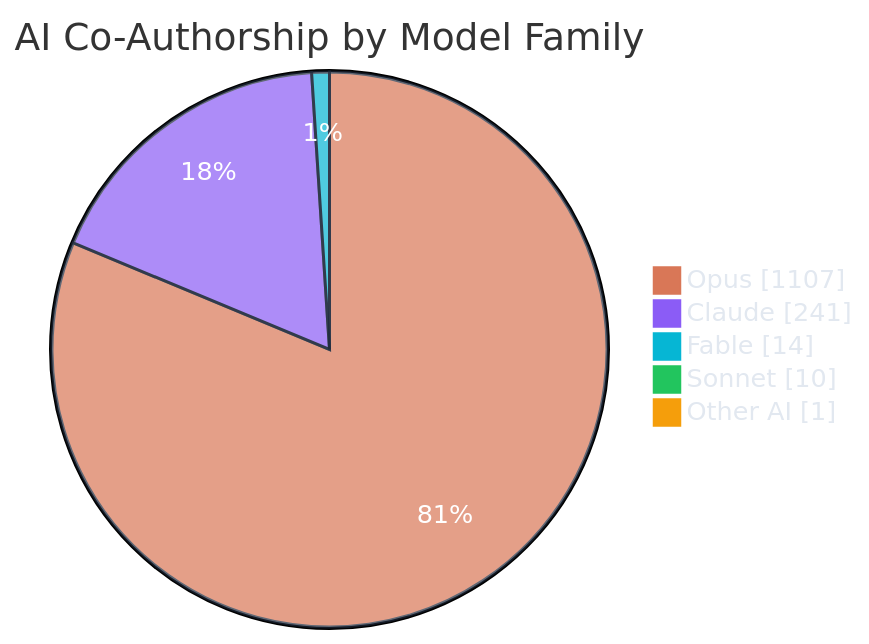
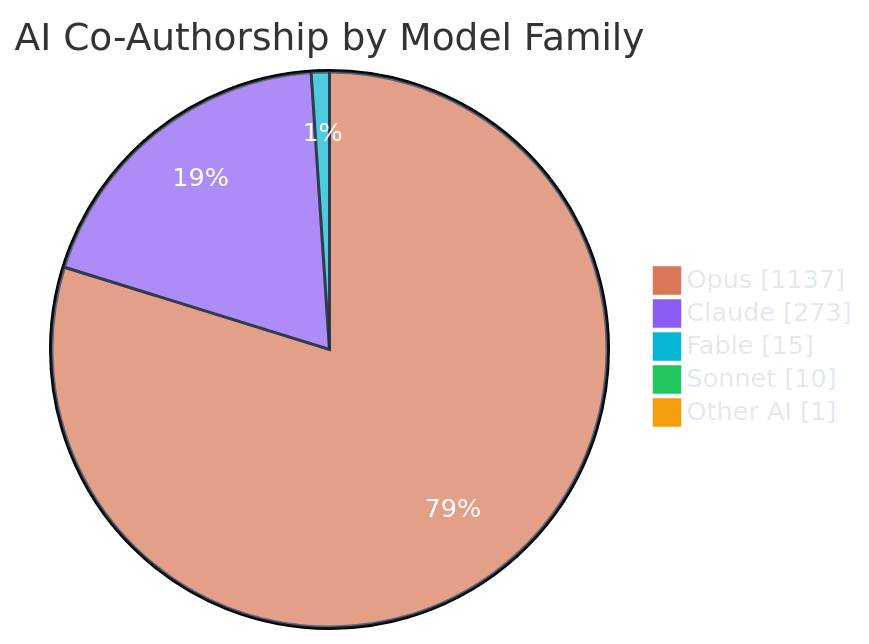
Before and after one commit to polo-nyan/polo-nyan: the third of 7 diagrams in README.md, drawn with Mermaid. The commit also changed other lines of this file and 1 other file, not shown here.

````diff
--- a/README.md
+++ b/README.md
@@ -279,10 +279,10 @@
 ```mermaid
 %%{init: {"theme": "base", "themeVariables": { "pie1": "#d97757", "pie2": "#8b5cf6", "pie3": "#06b6d4", "pie4": "#22c55e", "pie5": "#f59e0b", "pie6": "#ec4899", "pieTextColor": "#ffffff", "pieLegendTextColor": "#e2e8f0", "pieSectionTextColor": "#ffffff", "pieStrokeColor": "#1e293b" }}}%%
 pie showData
     title AI Co-Authorship by Model Family
-    "Opus" : 1107
-    "Claude" : 241
-    "Fable" : 14
+    "Opus" : 1137
+    "Claude" : 273
+    "Fable" : 15
     "Sonnet" : 10
     "Other AI" : 1
 ```
````
